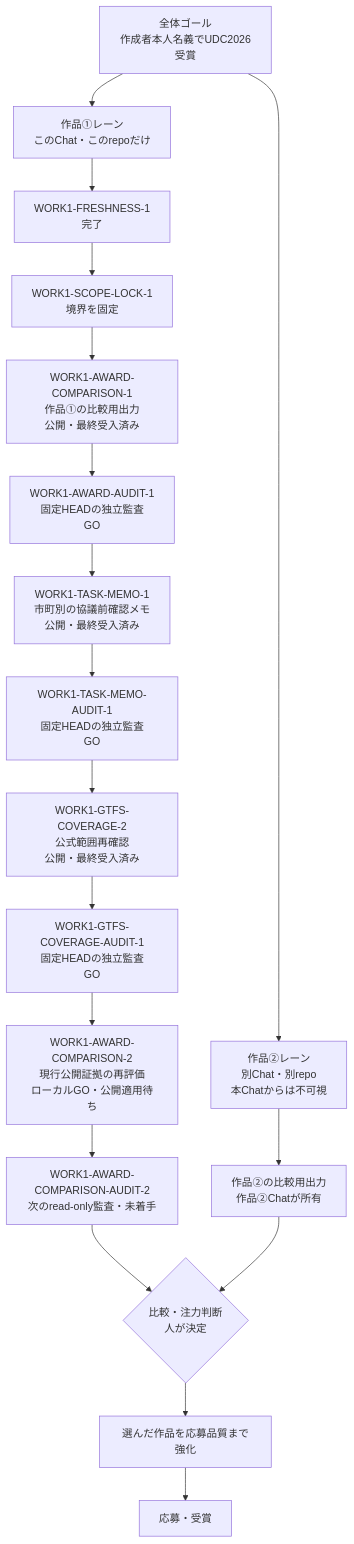
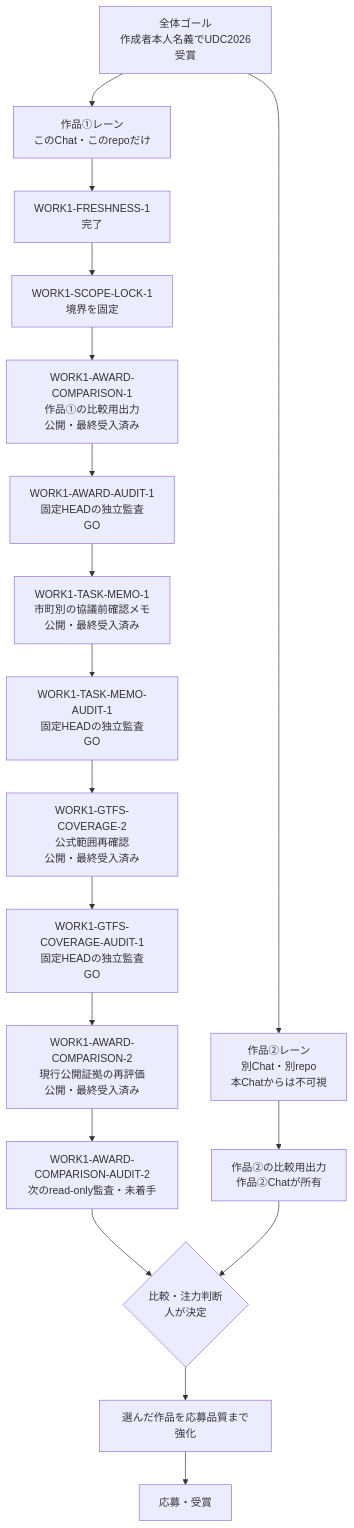
Before and after one commit to yyy-yuichi/yamaguchi-yusho-data: the diagram in WORK_SCOPE.md, drawn with Mermaid. The commit also changed other lines of this file and 7 other files, not shown here.

Commit message:
Record Work1 comparison public acceptance

````diff
--- a/WORK_SCOPE.md
+++ b/WORK_SCOPE.md
@@ -20,26 +20,26 @@
 ```mermaid
 flowchart TD
     G["全体ゴール<br/>作成者本人名義でUDC2026受賞"]
     W1["作品①レーン<br/>このChat・このrepoだけ"]
     W2["作品②レーン<br/>別Chat・別repo<br/>本Chatからは不可視"]
     F["WORK1-FRESHNESS-1<br/>完了"]
     L["WORK1-SCOPE-LOCK-1<br/>境界を固定"]
     C1["WORK1-AWARD-COMPARISON-1<br/>作品①の比較用出力<br/>公開・最終受入済み"]
     A1["WORK1-AWARD-AUDIT-1<br/>固定HEADの独立監査<br/>GO"]
     M1["WORK1-TASK-MEMO-1<br/>市町別の協議前確認メモ<br/>公開・最終受入済み"]
     A2["WORK1-TASK-MEMO-AUDIT-1<br/>固定HEADの独立監査<br/>GO"]
     V1["WORK1-GTFS-COVERAGE-2<br/>公式範囲再確認<br/>公開・最終受入済み"]
     V2["WORK1-GTFS-COVERAGE-AUDIT-1<br/>固定HEADの独立監査<br/>GO"]
-    C3["WORK1-AWARD-COMPARISON-2<br/>現行公開証拠の再評価<br/>ローカルGO・公開適用待ち"]
+    C3["WORK1-AWARD-COMPARISON-2<br/>現行公開証拠の再評価<br/>公開・最終受入済み"]
     C4["WORK1-AWARD-COMPARISON-AUDIT-2<br/>次のread-only監査・未着手"]
     C2["作品②の比較用出力<br/>作品②Chatが所有"]
     D{"比較・注力判断<br/>人が決定"}
     S["選んだ作品を応募品質まで強化"]
     A["応募・受賞"]
 
     G --> W1
     G --> W2
     W1 --> F --> L --> C1 --> A1 --> M1 --> A2 --> V1 --> V2 --> C3 --> C4 --> D
     W2 --> C2 --> D
     D --> S --> A
 ```
````
